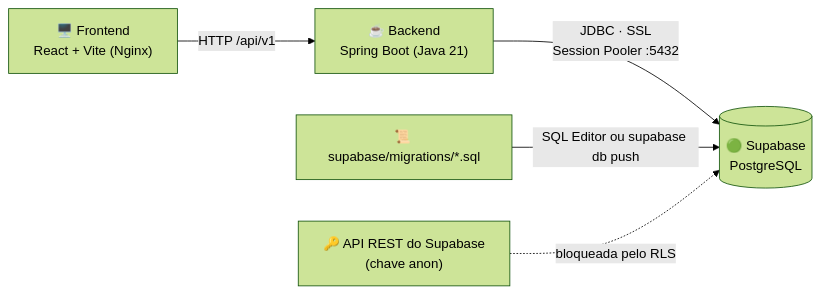
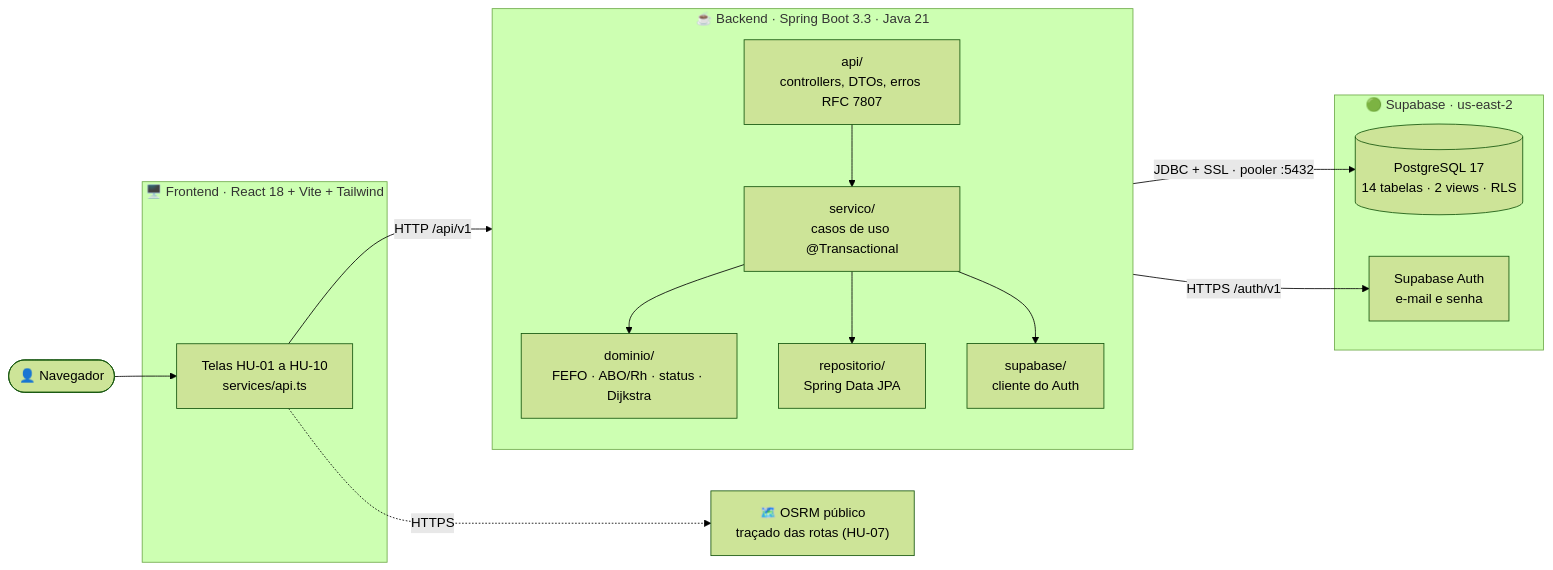
Before and after one commit to viictorpaes/Rotavital: the diagram in README.md, drawn with Mermaid (forest theme). The commit also changed other lines of this file and 10 other files, not shown here.

````diff
--- a/README.md
+++ b/README.md
@@ -850,7 +99,34 @@
 ```mermaid
 flowchart LR
-    FE["🖥️ Frontend<br/>React + Vite (Nginx)"] -->|"HTTP /api/v1"| BE["☕ Backend<br/>Spring Boot (Java 21)"]
-    BE -->|"JDBC · SSL<br/>Session Pooler :5432"| SB[("🟢 Supabase<br/>PostgreSQL")]
-    MIG["📜 supabase/migrations/*.sql"] -->|"SQL Editor ou supabase db push"| SB
-    API["🔑 API REST do Supabase<br/>(chave anon)"] -. "bloqueada pelo RLS" .-> SB
+    U(["👤 Navegador"])
+
+    subgraph WEB["🖥️ Frontend · React 18 + Vite + Tailwind"]
+        SPA["Telas HU-01 a HU-10<br/>services/api.ts"]
+    end
+
+    subgraph API["☕ Backend · Spring Boot 3.3 · Java 21"]
+        direction TB
+        C["api/<br/>controllers, DTOs, erros RFC 7807"]
+        S["servico/<br/>casos de uso @Transactional"]
+        D["dominio/<br/>FEFO · ABO/Rh · status · Dijkstra"]
+        R["repositorio/<br/>Spring Data JPA"]
+        A["supabase/<br/>cliente do Auth"]
+        C --> S
+        S --> D
+        S --> R
+        S --> A
+    end
+
+    subgraph SB["🟢 Supabase · us-east-2"]
+        PG[("PostgreSQL 17<br/>14 tabelas · 2 views · RLS")]
+        AUTH["Supabase Auth<br/>e-mail e senha"]
+    end
+
+    OSRM["🗺️ OSRM público<br/>traçado das rotas (HU-07)"]
+
+    U --> SPA
+    SPA -- "HTTP /api/v1" --> C
+    R -- "JDBC + SSL · pooler :5432" --> PG
+    A -- "HTTPS /auth/v1" --> AUTH
+    SPA -. "HTTPS" .-> OSRM
 ```
````
